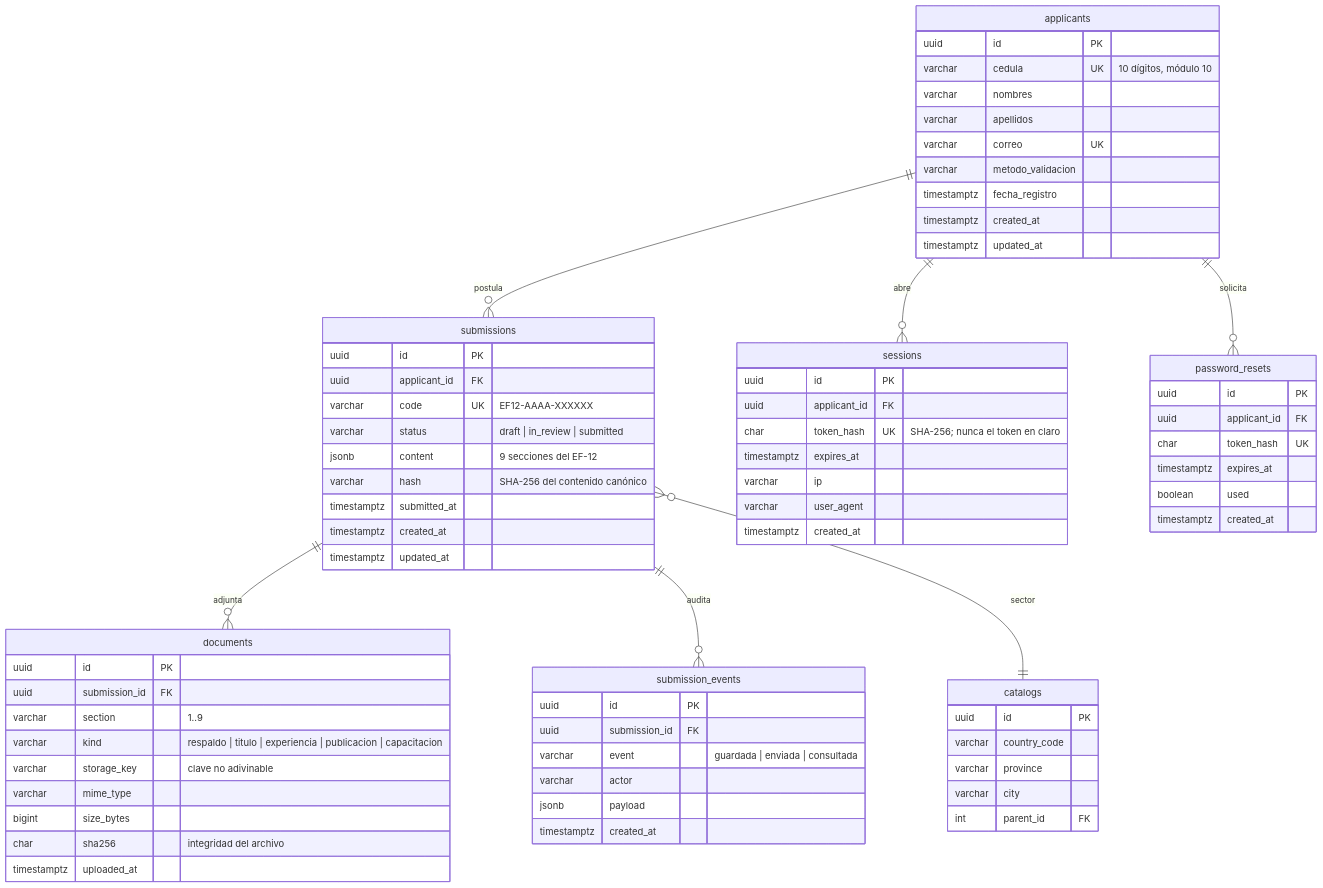
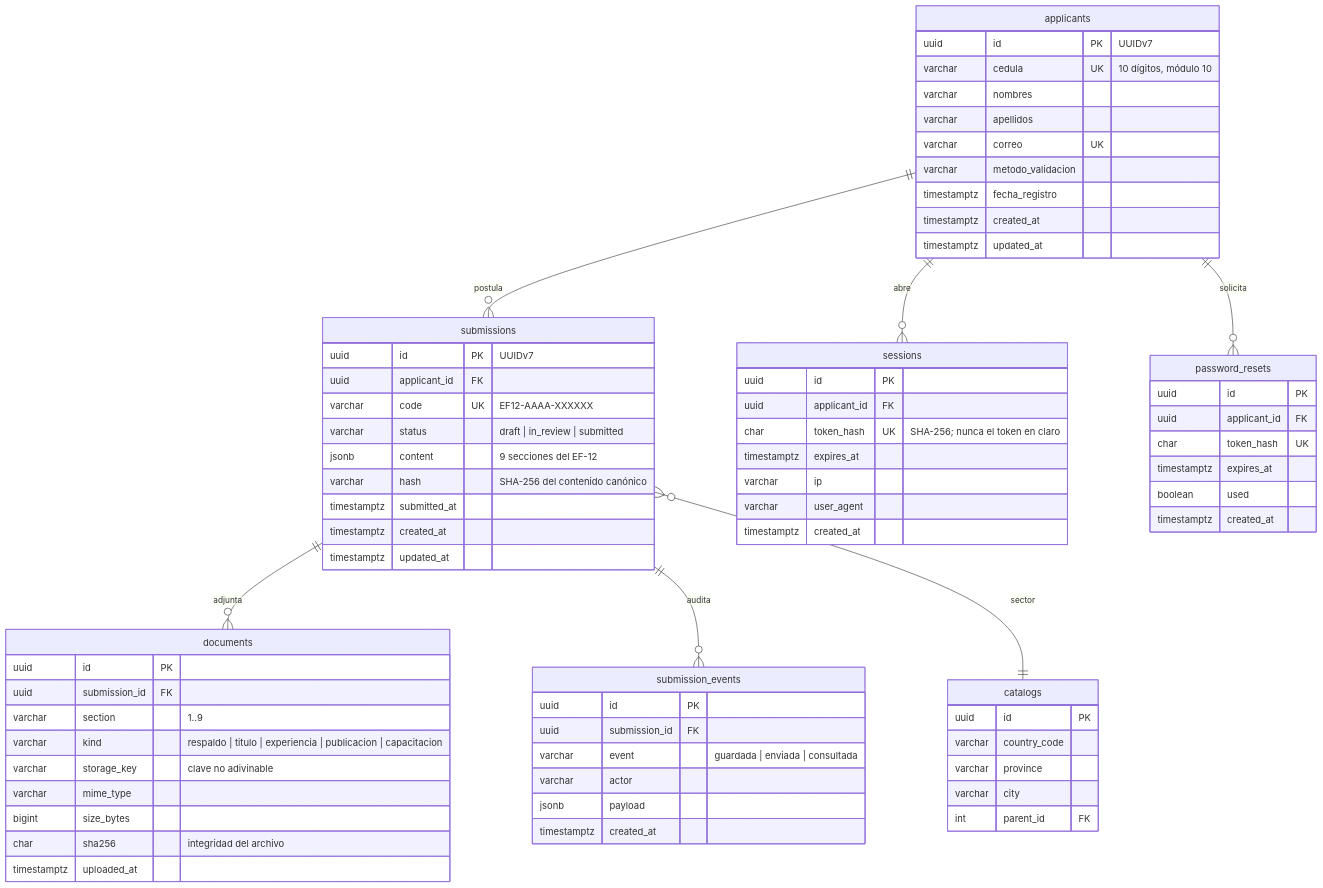
One commit to yan2005dris-afk/Framework-Examen changed the diagram in docs/database/SCHEMA.md. Above: the diagram before and after it, drawn with Mermaid. The commit also changed other lines of this file and 10 other files, not shown here.

````diff
--- a/docs/database/SCHEMA.md
+++ b/docs/database/SCHEMA.md
@@ -19,81 +20,81 @@
 ```mermaid
 erDiagram
     applicants ||--o{ submissions : "postula"
     applicants ||--o{ sessions : "abre"
     applicants ||--o{ password_resets : "solicita"
     submissions ||--o{ documents : "adjunta"
     submissions ||--o{ submission_events : "audita"
     submissions }o--|| catalogs : "sector"
 
     applicants {
-        uuid id PK
+        uuid id PK "UUIDv7"
         varchar cedula UK "10 dígitos, módulo 10"
         varchar nombres
         varchar apellidos
         varchar correo UK
         varchar metodo_validacion
         timestamptz fecha_registro
         timestamptz created_at
         timestamptz updated_at
     }
 
     submissions {
-        uuid id PK
+        uuid id PK "UUIDv7"
         uuid applicant_id FK
         varchar code UK "EF12-AAAA-XXXXXX"
         varchar status "draft | in_review | submitted"
         jsonb content "9 secciones del EF-12"
         varchar hash "SHA-256 del contenido canónico"
         timestamptz submitted_at
         timestamptz created_at
         timestamptz updated_at
     }
 
     documents {
         uuid id PK
         uuid submission_id FK
         varchar section "1..9"
         varchar kind "respaldo | titulo | experiencia | publicacion | capacitacion"
         varchar storage_key "clave no adivinable"
         varchar mime_type
         bigint size_bytes
         char sha256 "integridad del archivo"
         timestamptz uploaded_at
     }
 
     sessions {
         uuid id PK
         uuid applicant_id FK
         char token_hash UK "SHA-256; nunca el token en claro"
         timestamptz expires_at
         varchar ip
         varchar user_agent
         timestamptz created_at
     }
 
     password_resets {
         uuid id PK
         uuid applicant_id FK
         char token_hash UK
         timestamptz expires_at
         boolean used
         timestamptz created_at
     }
 
     catalogs {
         uuid id PK
         varchar country_code
         varchar province
         varchar city
         int parent_id FK
     }
 
     submission_events {
         uuid id PK
         uuid submission_id FK
         varchar event "guardada | enviada | consultada"
         varchar actor
         jsonb payload
         timestamptz created_at
     }
 ```
````
